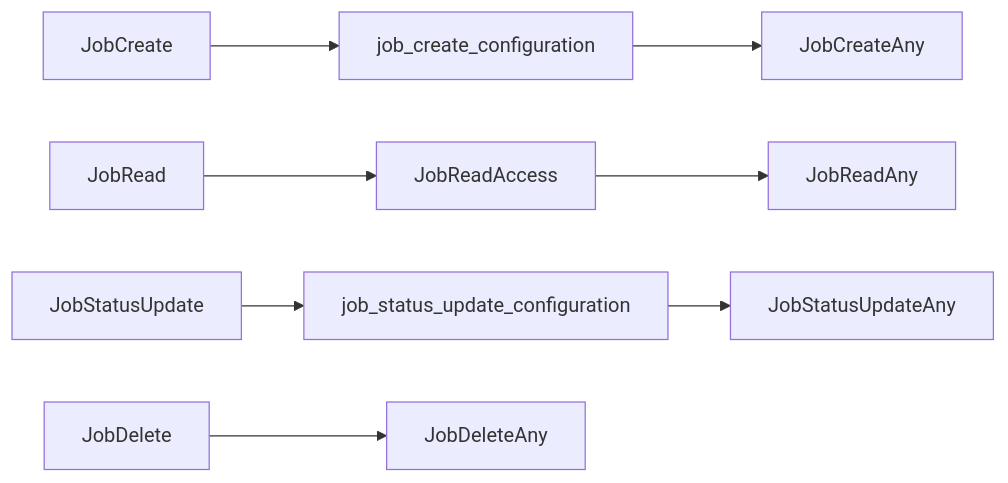
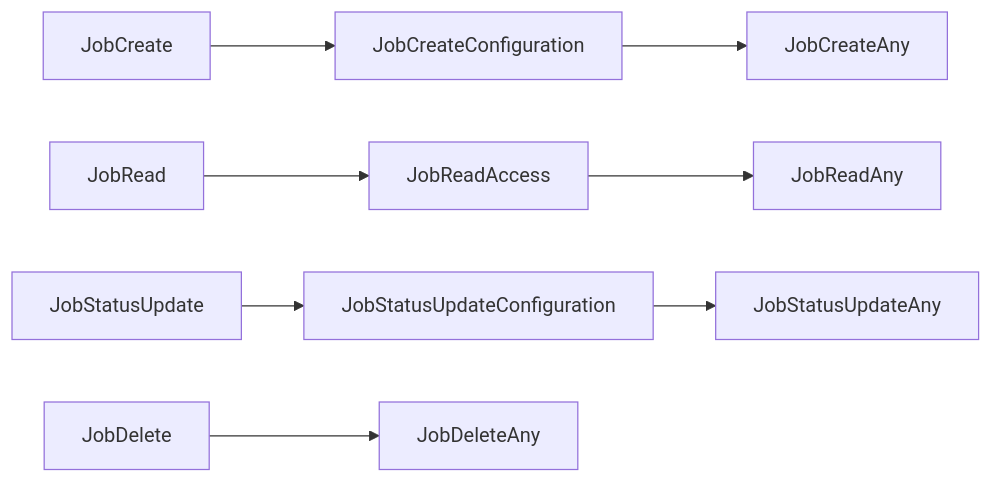
The first of 2 diagrams in Development/v4.x/backend/authorization/authorization_jobs.md (SciCatProject/documentation), drawn with Mermaid before and after one commit. The commit also changed other lines of this file, not shown here.

Commit message:
job authorization updates

````diff
--- a/Development/v4.x/backend/authorization/authorization_jobs.md
+++ b/Development/v4.x/backend/authorization/authorization_jobs.md
@@ -22,10 +24,10 @@
 ```mermaid
 graph LR;
-    JobCreate-->job_create_configuration;
-    job_create_configuration-->JobCreateAny;
+    JobCreate-->JobCreateConfiguration;
+    JobCreateConfiguration-->JobCreateAny;
     JobRead-->JobReadAccess;
     JobReadAccess-->JobReadAny;
-    JobStatusUpdate-->job_status_update_configuration;
-    job_status_update_configuration-->JobStatusUpdateAny;
+    JobStatusUpdate-->JobStatusUpdateConfiguration;
+    JobStatusUpdateConfiguration-->JobStatusUpdateAny;
     JobDelete-->JobDeleteAny;
 ```
````
